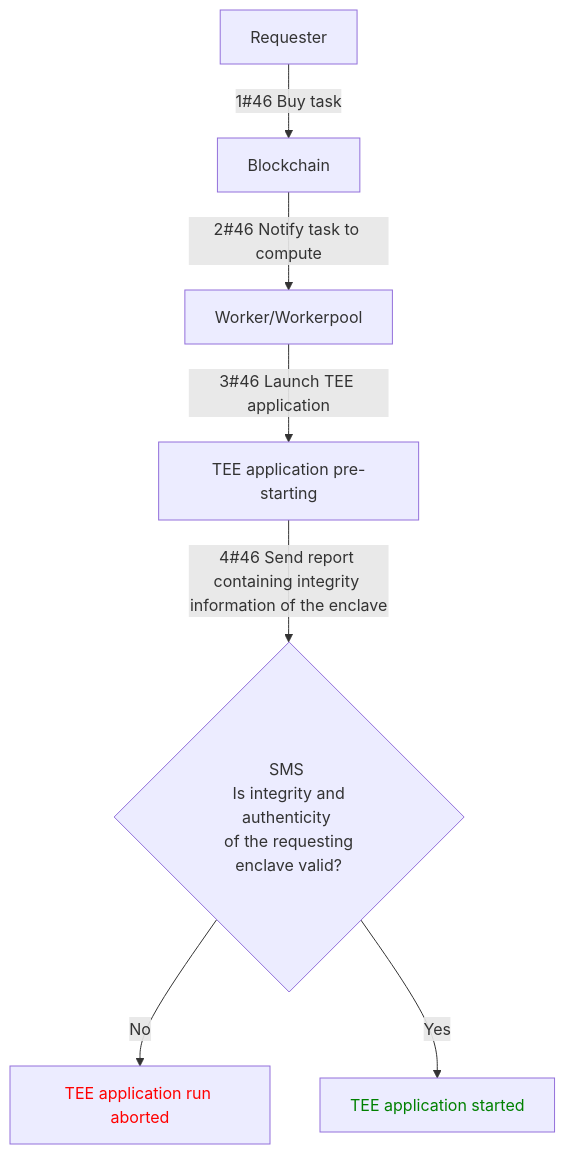
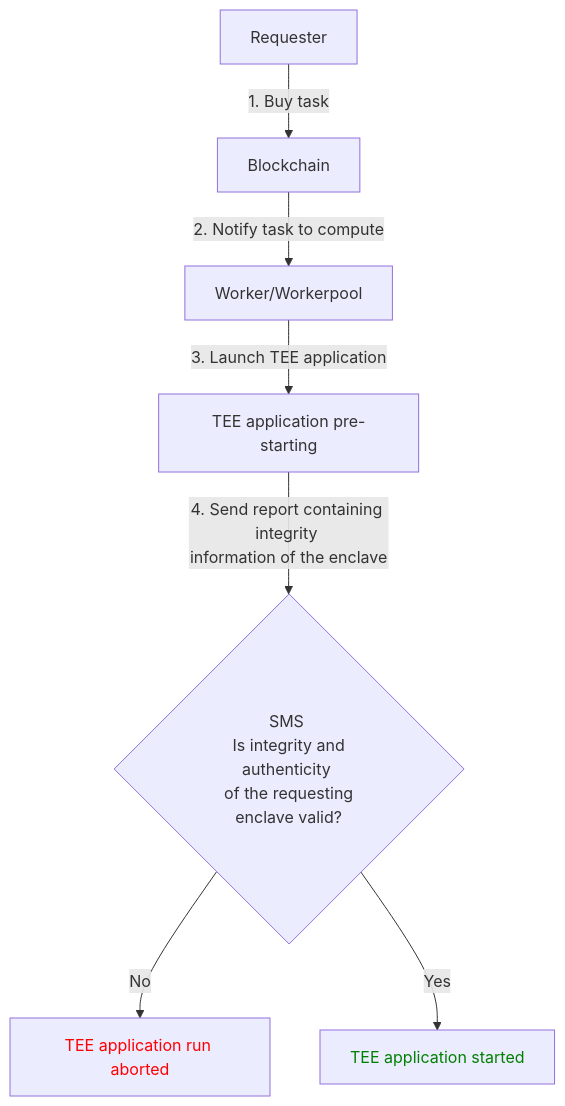
Before and after one commit to raorla/doc: the diagram in mermaid.md, drawn with Mermaid.

````diff
--- a/mermaid.md
+++ b/mermaid.md
@@ -1,12 +1,12 @@
 ```mermaid
 graph TD
-    Req[Requester] --> |1#46 Buy task| Chain
-    Chain[Blockchain] --> |2#46 Notify task to compute| Worker[Worker/Workerpool]
-    Worker --> |3#46 Launch TEE application| App[TEE application pre-starting]
-    App --> |4#46 Send report containing integrity <br>information of the enclave| SMS{SMS <br> Is integrity and authenticity <br> of the requesting enclave valid?}
+    Req[Requester] --> |1#46; Buy task| Chain
+    Chain[Blockchain] --> |2#46; Notify task to compute| Worker[Worker/Workerpool]
+    Worker --> |3#46; Launch TEE application| App[TEE application pre-starting]
+    App --> |4#46; Send report containing integrity <br>information of the enclave| SMS{SMS <br> Is integrity and authenticity <br> of the requesting enclave valid?}
     SMS --> |No| AppFailed[TEE application run aborted]
     SMS --> |Yes| AppStarted[TEE application started]
 
     style AppFailed color:red
     style AppStarted color:green
 ```
````
